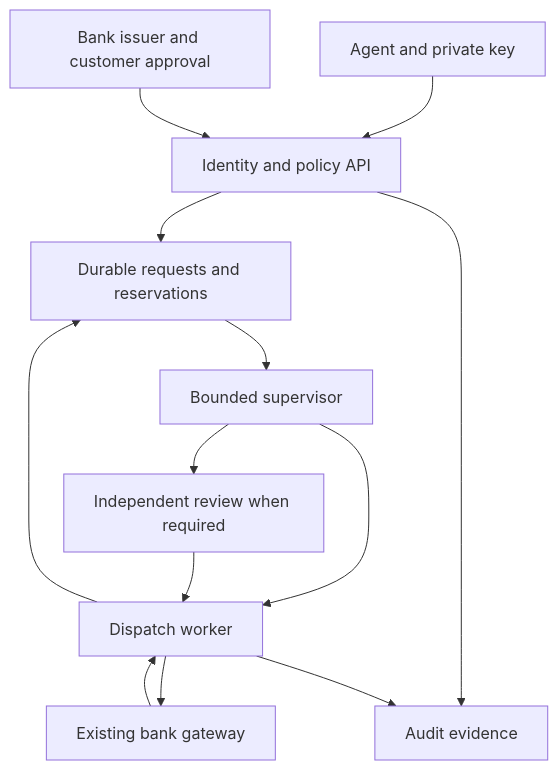
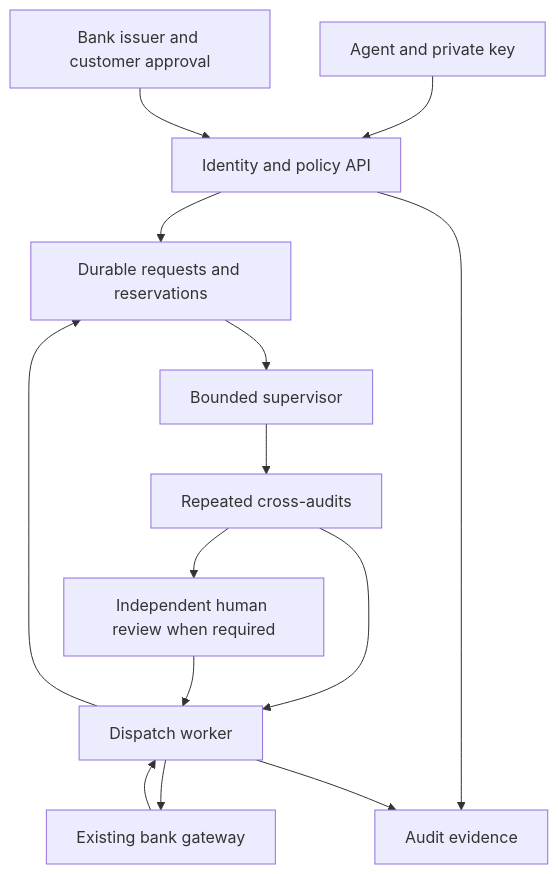
The first of 2 diagrams in docs/architecture.md (zaid3/ScoutBankAI), drawn with Mermaid before and after one commit. The commit also changed other lines of this file and 30 other files, not shown here.

First line of the commit message:
Add repeated cross-audits, independent quality scores and audit console

````diff
--- a/docs/architecture.md
+++ b/docs/architecture.md
@@ -5,15 +5,16 @@
 ```mermaid
 flowchart TD
     A["Agent and private key"] --> G["Identity and policy API"]
     I["Bank issuer and customer approval"] --> G
     G --> D["Durable requests and reservations"]
     D --> S["Bounded supervisor"]
-    S --> R["Independent review when required"]
-    S --> W["Dispatch worker"]
+    S --> C["Repeated cross-audits"]
+    C --> R["Independent human review when required"]
+    C --> W["Dispatch worker"]
     R --> W
     W --> B["Existing bank gateway"]
     B --> W
     W --> D
     G --> E["Audit evidence"]
     W --> E
 ```
````
